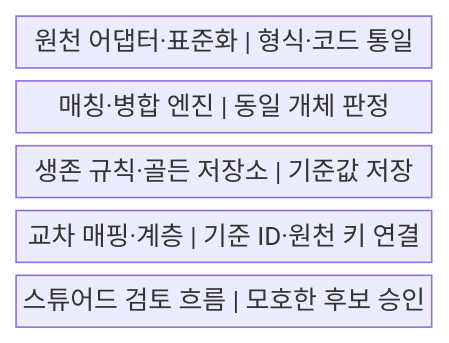
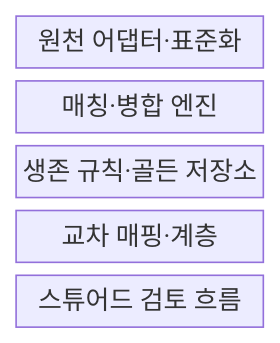
The first of 2 diagrams in src/content/docs/notes/03-software/136_master_data_management.md (agnusdei1207/knowledge-base), drawn with Mermaid before and after one commit. The commit also changed other lines of this file and 238 other files, not shown here.

````diff
--- a/src/content/docs/notes/03-software/136_master_data_management.md
+++ b/src/content/docs/notes/03-software/136_master_data_management.md
@@ -60,9 +60,9 @@
 ```mermaid
-block
+block-beta
     columns 1
-    A["원천 어댑터·표준화 | 형식·코드 통일"]
-    B["매칭·병합 엔진 | 동일 개체 판정"]
-    C["생존 규칙·골든 저장소 | 기준값 저장"]
-    D["교차 매핑·계층 | 기준 ID·원천 키 연결"]
-    E["스튜어드 검토 흐름 | 모호한 후보 승인"]
+    A["원천 어댑터·표준화"]
+    B["매칭·병합 엔진"]
+    C["생존 규칙·골든 저장소"]
+    D["교차 매핑·계층"]
+    E["스튜어드 검토 흐름"]
 ```
````
